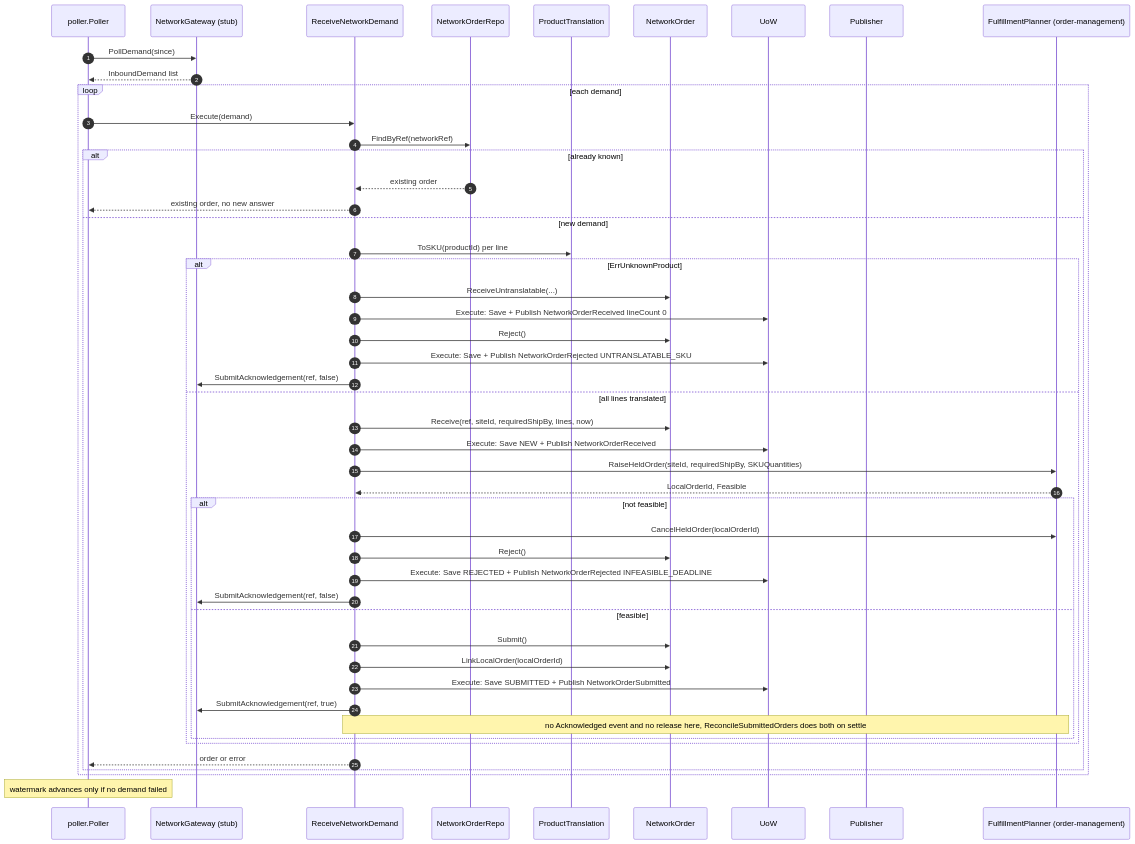
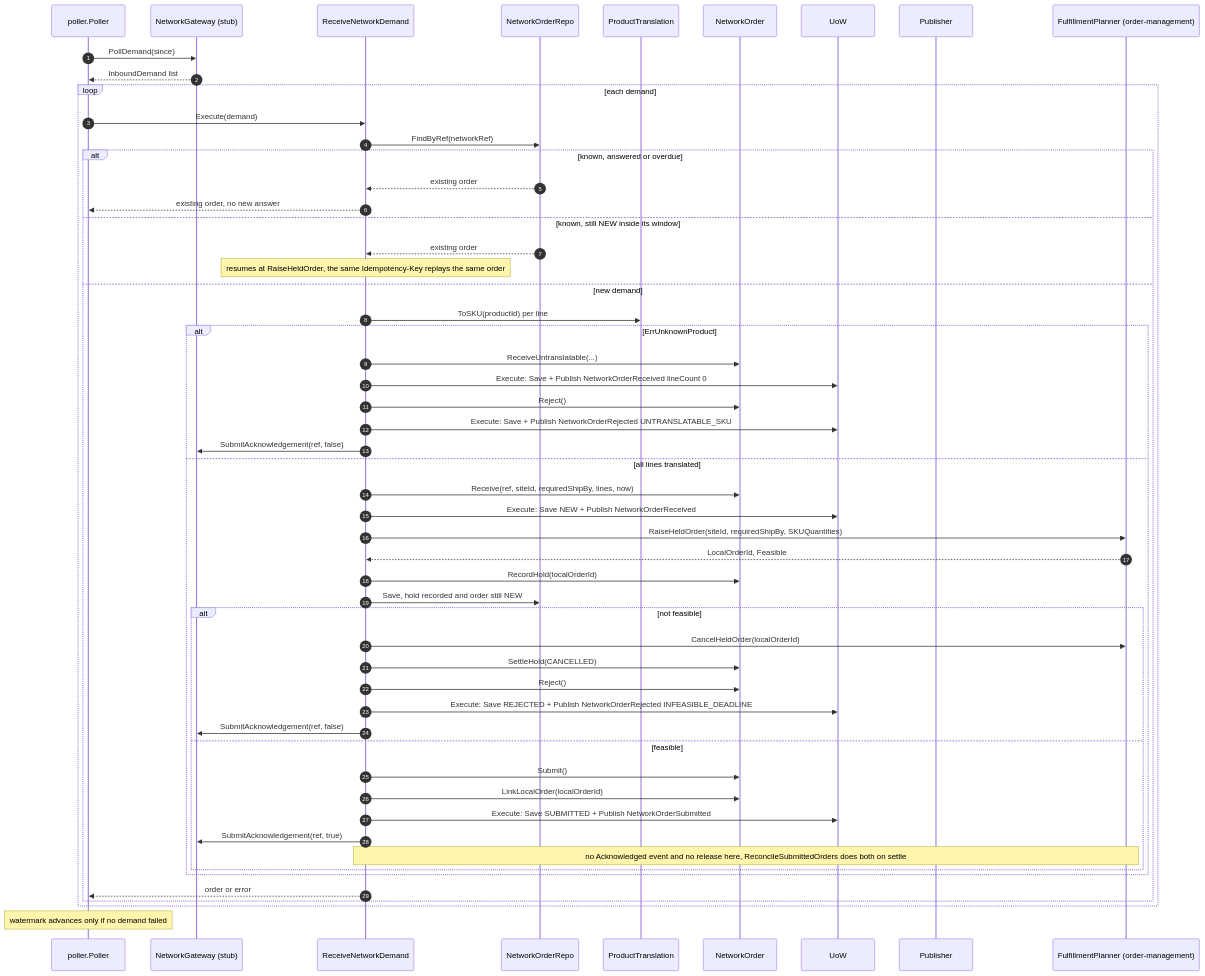
One commit to IQVO/warehouse-docs changed the first of 6 diagrams in docs/contexts/network-fulfillment/sequence-diagrams.md. Above: the diagram before and after it, drawn with Mermaid. The commit also changed other lines of this file and 53 other files, not shown here.

````diff
--- a/docs/contexts/network-fulfillment/sequence-diagrams.md
+++ b/docs/contexts/network-fulfillment/sequence-diagrams.md
@@ -31,51 +33,57 @@
 ```mermaid
 sequenceDiagram
     autonumber
     participant P as poller.Poller
     participant GW as NetworkGateway (stub)
     participant UC as ReceiveNetworkDemand
     participant R as NetworkOrderRepo
     participant TR as ProductTranslation
     participant A as NetworkOrder
     participant U as UoW
     participant PUB as Publisher
     participant OM as FulfillmentPlanner (order-management)
     P->>GW: PollDemand(since)
     GW-->>P: InboundDemand list
     loop each demand
         P->>UC: Execute(demand)
         UC->>R: FindByRef(networkRef)
-        alt already known
+        alt known, answered or overdue
             R-->>UC: existing order
             UC-->>P: existing order, no new answer
+        else known, still NEW inside its window
+            R-->>UC: existing order
+            Note over UC: resumes at RaiseHeldOrder, the same Idempotency-Key replays the same order
         else new demand
             UC->>TR: ToSKU(productId) per line
             alt ErrUnknownProduct
                 UC->>A: ReceiveUntranslatable(...)
                 UC->>U: Execute: Save + Publish NetworkOrderReceived lineCount 0
                 UC->>A: Reject()
                 UC->>U: Execute: Save + Publish NetworkOrderRejected UNTRANSLATABLE_SKU
                 UC->>GW: SubmitAcknowledgement(ref, false)
             else all lines translated
                 UC->>A: Receive(ref, siteId, requiredShipBy, lines, now)
                 UC->>U: Execute: Save NEW + Publish NetworkOrderReceived
                 UC->>OM: RaiseHeldOrder(siteId, requiredShipBy, SKUQuantities)
                 OM-->>UC: LocalOrderId, Feasible
+                UC->>A: RecordHold(localOrderId)
+                UC->>R: Save, hold recorded and order still NEW
                 alt not feasible
                     UC->>OM: CancelHeldOrder(localOrderId)
+                    UC->>A: SettleHold(CANCELLED)
                     UC->>A: Reject()
                     UC->>U: Execute: Save REJECTED + Publish NetworkOrderRejected INFEASIBLE_DEADLINE
                     UC->>GW: SubmitAcknowledgement(ref, false)
                 else feasible
                     UC->>A: Submit()
                     UC->>A: LinkLocalOrder(localOrderId)
                     UC->>U: Execute: Save SUBMITTED + Publish NetworkOrderSubmitted
                     UC->>GW: SubmitAcknowledgement(ref, true)
                     Note over UC,OM: no Acknowledged event and no release here, ReconcileSubmittedOrders does both on settle
                 end
             end
             UC-->>P: order or error
         end
     end
     Note over P: watermark advances only if no demand failed
 ```
````
